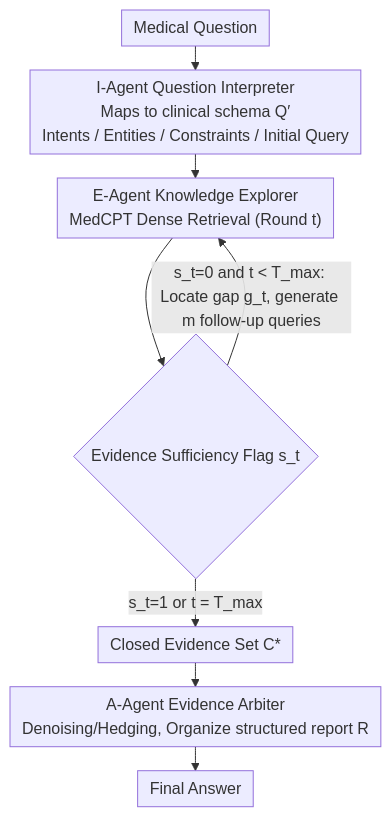
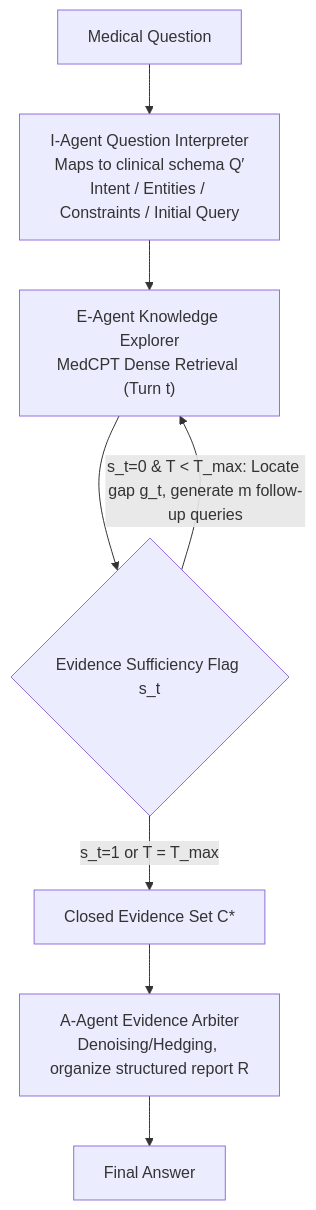
One commit to zhaoyang97/Paper-Notes-en changed the diagram in docs/ACL2026/medical_nlp/sema-rag_a_self-evolving_multi-agent_retrieval-augmented_generation_framework_fo.md. Above: the diagram before and after it, drawn with Mermaid. The commit also changed other lines of this file and 5084 other files, not shown here.

````diff
--- a/docs/ACL2026/medical_nlp/sema-rag_a_self-evolving_multi-agent_retrieval-augmented_generation_framework_fo.md
+++ b/docs/ACL2026/medical_nlp/sema-rag_a_self-evolving_multi-agent_retrieval-augmented_generation_framework_fo.md
@@ -41,11 +41,10 @@
 ```mermaid
-%%{init: {'flowchart': {'rankSpacing': 24, 'nodeSpacing': 28, 'padding': 6, 'wrappingWidth': 400}}}%%
-flowchart TD
-    A["Medical Question"] --> B["I-Agent Question Interpreter<br/>Maps to clinical schema Q′<br/>Intents / Entities / Constraints / Initial Query"]
-    B --> C["E-Agent Knowledge Explorer<br/>MedCPT Dense Retrieval (Round t)"]
+graph TD
+    A["Medical Question"] --> B["I-Agent Question Interpreter<br/>Maps to clinical schema Q′<br/>Intent / Entities / Constraints / Initial Query"]
+    B --> C["E-Agent Knowledge Explorer<br/>MedCPT Dense Retrieval (Turn t)"]
     C --> D{"Evidence Sufficiency Flag s_t"}
-    D -->|"s_t=0 and t < T_max: Locate gap g_t, generate m follow-up queries"| C
-    D -->|"s_t=1 or t = T_max"| E["Closed Evidence Set C*"]
-    E --> F["A-Agent Evidence Arbiter<br/>Denoising/Hedging, Organize structured report R"]
+    D -->|"s_t=0 & T < T_max: Locate gap g_t, generate m follow-up queries"| C
+    D -->|"s_t=1 or T = T_max"| E["Closed Evidence Set C*"]
+    E --> F["A-Agent Evidence Arbiter<br/>Denoising/Hedging, organize structured report R"]
     F --> G["Final Answer"]
 ```
````
